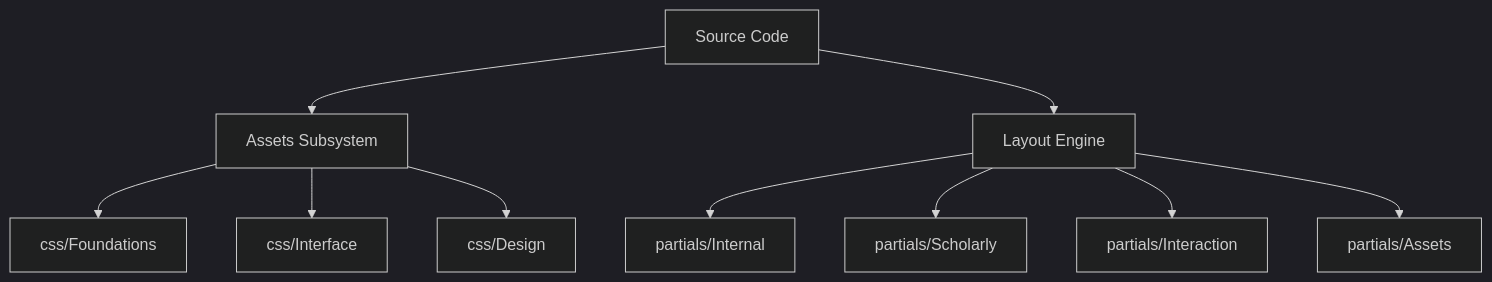
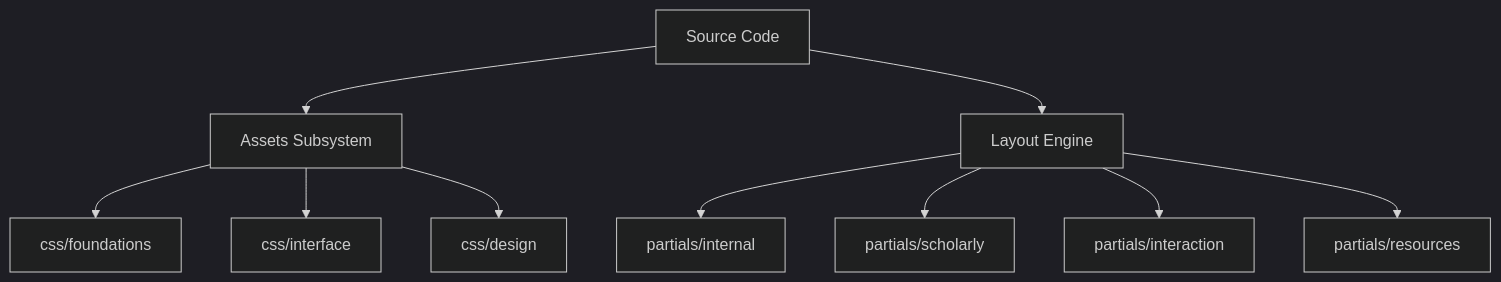
One commit to Amey-Thakur/Amey-Thakur.github.io changed the diagram in Source Code/ARCHITECTURE_GUIDE.md. Above: the diagram before and after it, drawn with Mermaid (dark theme). The commit also changed other lines of this file and 15 other files, not shown here.

````diff
--- a/Source Code/ARCHITECTURE_GUIDE.md
+++ b/Source Code/ARCHITECTURE_GUIDE.md
@@ -9,14 +9,14 @@
 ```mermaid
 graph TD
     Root[Source Code] --> Assets[Assets Subsystem]
     Root --> Layouts[Layout Engine]
     
-    Assets --> CSS_F[css/Foundations]
-    Assets --> CSS_I[css/Interface]
-    Assets --> CSS_D[css/Design]
+    Assets --> CSS_F[css/foundations]
+    Assets --> CSS_I[css/interface]
+    Assets --> CSS_D[css/design]
     
-    Layouts --> P_Internal[partials/Internal]
-    Layouts --> P_Scholarly[partials/Scholarly]
-    Layouts --> P_Interaction[partials/Interaction]
-    Layouts --> P_Assets[partials/Assets]
+    Layouts --> P_Internal[partials/internal]
+    Layouts --> P_Scholarly[partials/scholarly]
+    Layouts --> P_Interaction[partials/interaction]
+    Layouts --> P_Assets[partials/resources]
 ```
````
